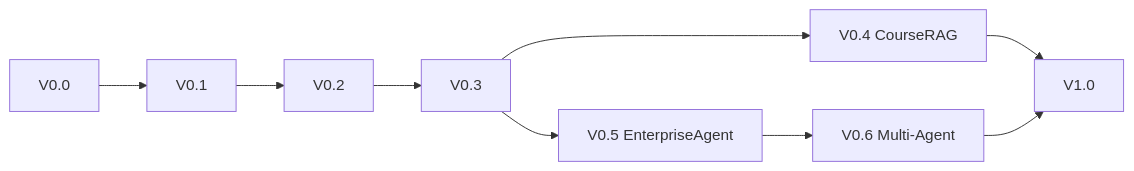
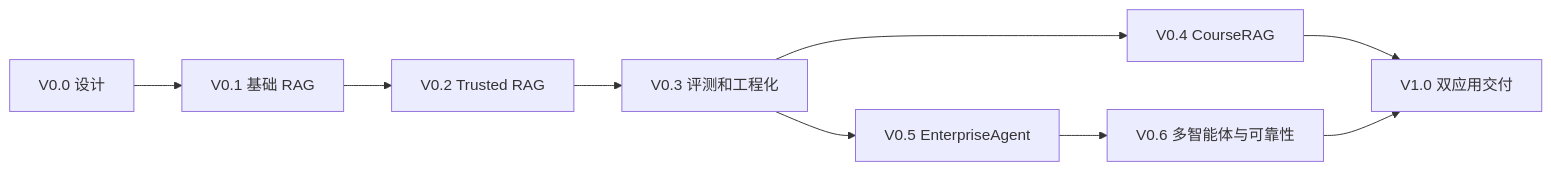
The diagram in docs/roadmap.md (anything051/EnterpriseAgent), drawn with Mermaid before and after one commit. The commit also changed other lines of this file and 6 other files, not shown here.

Commit message:
docs: finalize EnterpriseRAG V0.0 design

```diff
--- a/docs/roadmap.md
+++ b/docs/roadmap.md
@@ -18,11 +5,11 @@
 ~~~mermaid
 flowchart LR
-  A[V0.0] --> B[V0.1]
-  B --> C[V0.2]
-  C --> D[V0.3]
-  D --> E[V0.4 CourseRAG]
-  D --> F[V0.5 EnterpriseAgent]
-  F --> G[V0.6 Multi-Agent]
-  E --> H[V1.0]
-  G --> H
+    A["V0.0 设计"] --> B["V0.1 基础 RAG"]
+    B --> C["V0.2 Trusted RAG"]
+    C --> D["V0.3 评测和工程化"]
+    D --> E["V0.4 CourseRAG"]
+    D --> F["V0.5 EnterpriseAgent"]
+    F --> G["V0.6 多智能体与可靠性"]
+    E --> H["V1.0 双应用交付"]
+    G --> H
 ~~~
```
